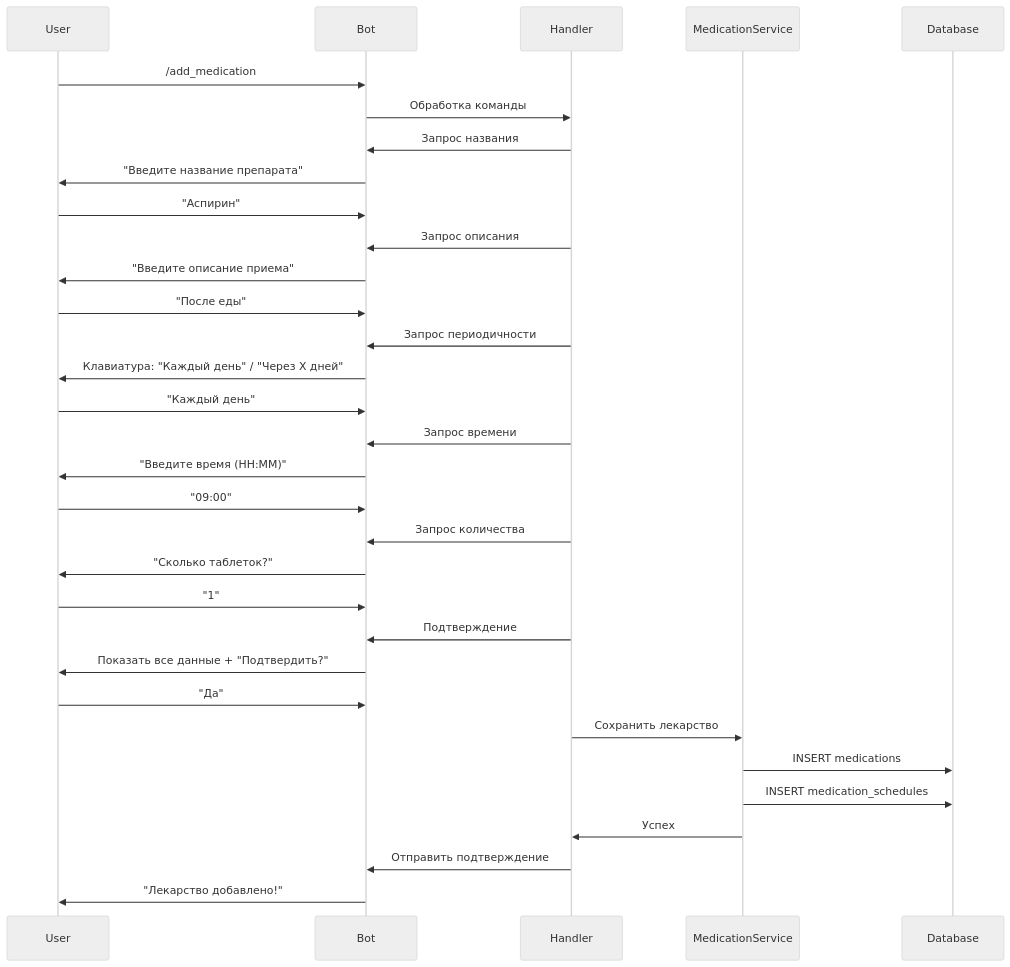
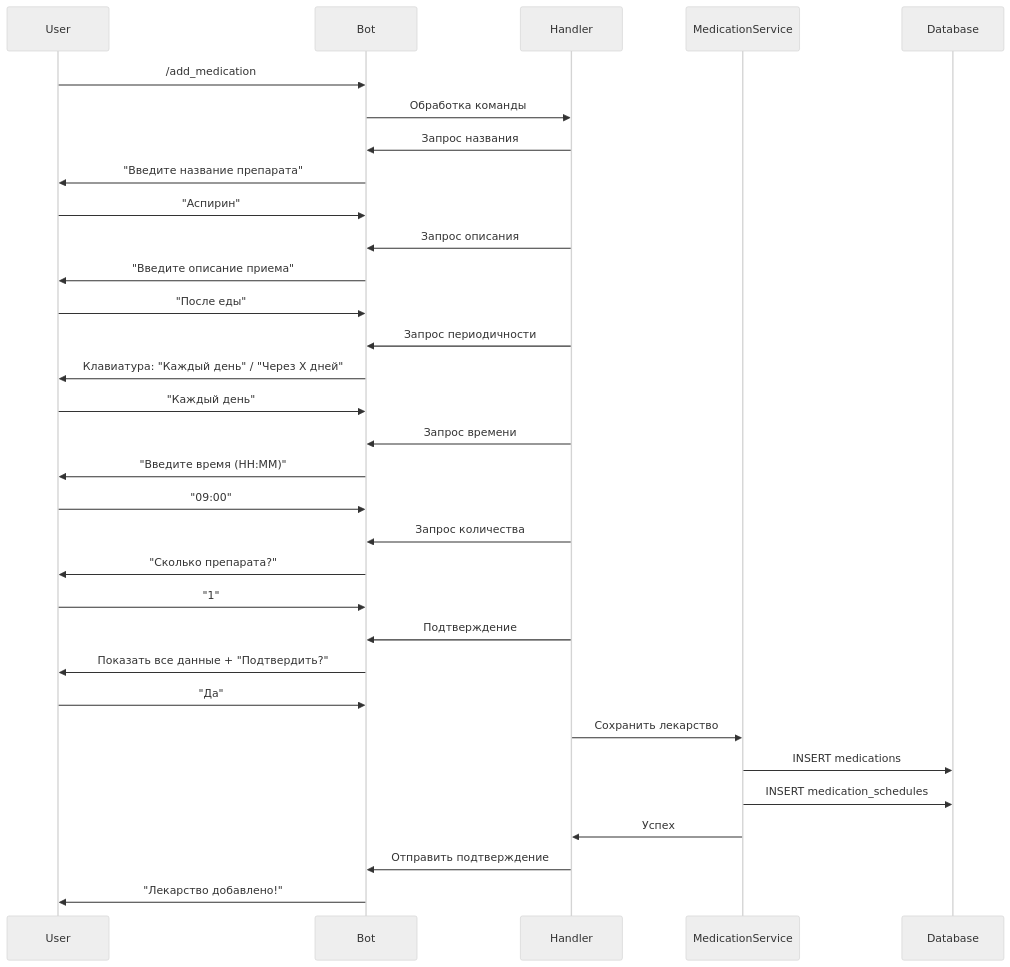
One commit to hecronk/MedicalTracker changed the second of 3 diagrams in ARCHITECTURE.md. Above: the diagram before and after it, drawn with Mermaid (neutral theme). The commit also changed other lines of this file and 8 other files, not shown here.

````diff
--- a/ARCHITECTURE.md
+++ b/ARCHITECTURE.md
@@ -133,35 +133,35 @@
 ```mermaid
 sequenceDiagram
     participant U as User
     participant B as Bot
     participant H as Handler
     participant S as MedicationService
     participant D as Database
     
     U->>B: /add_medication
     B->>H: Обработка команды
     H->>B: Запрос названия
     B->>U: "Введите название препарата"
     U->>B: "Аспирин"
     H->>B: Запрос описания
     B->>U: "Введите описание приема"
     U->>B: "После еды"
     H->>B: Запрос периодичности
     B->>U: Клавиатура: "Каждый день" / "Через X дней"
     U->>B: "Каждый день"
     H->>B: Запрос времени
     B->>U: "Введите время (HH:MM)"
     U->>B: "09:00"
     H->>B: Запрос количества
-    B->>U: "Сколько таблеток?"
+    B->>U: "Сколько препарата?"
     U->>B: "1"
     H->>B: Подтверждение
     B->>U: Показать все данные + "Подтвердить?"
     U->>B: "Да"
     H->>S: Сохранить лекарство
     S->>D: INSERT medications
     S->>D: INSERT medication_schedules
     S->>H: Успех
     H->>B: Отправить подтверждение
     B->>U: "Лекарство добавлено!"
 ```
````
